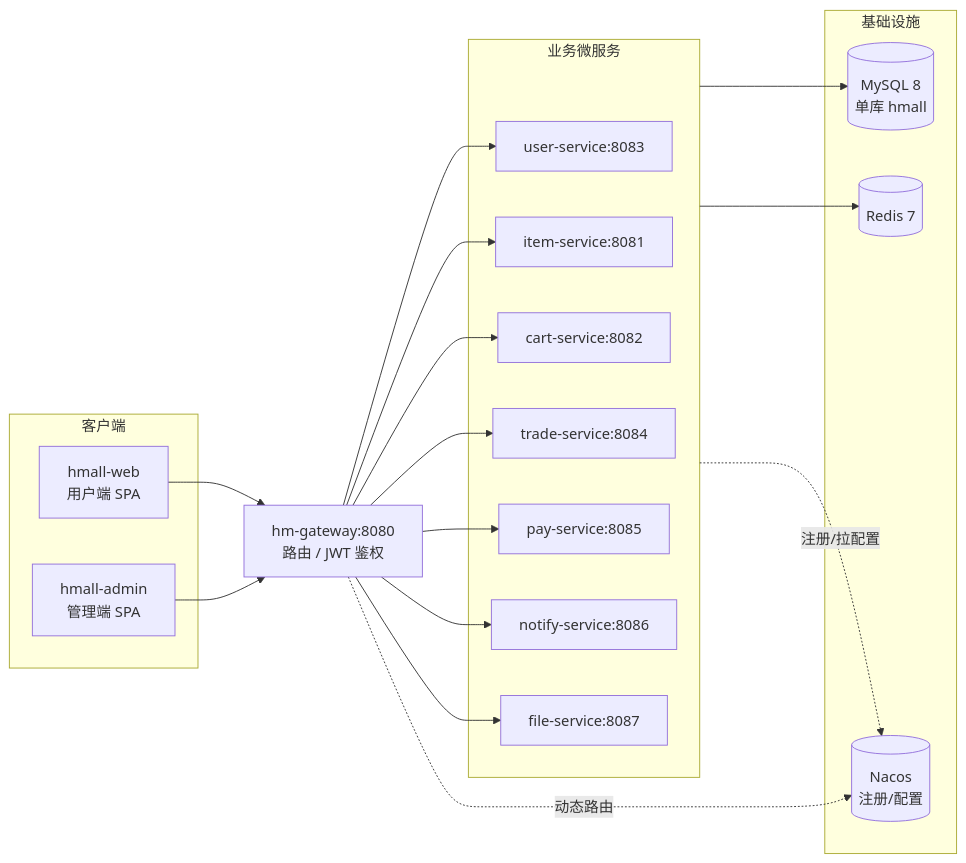
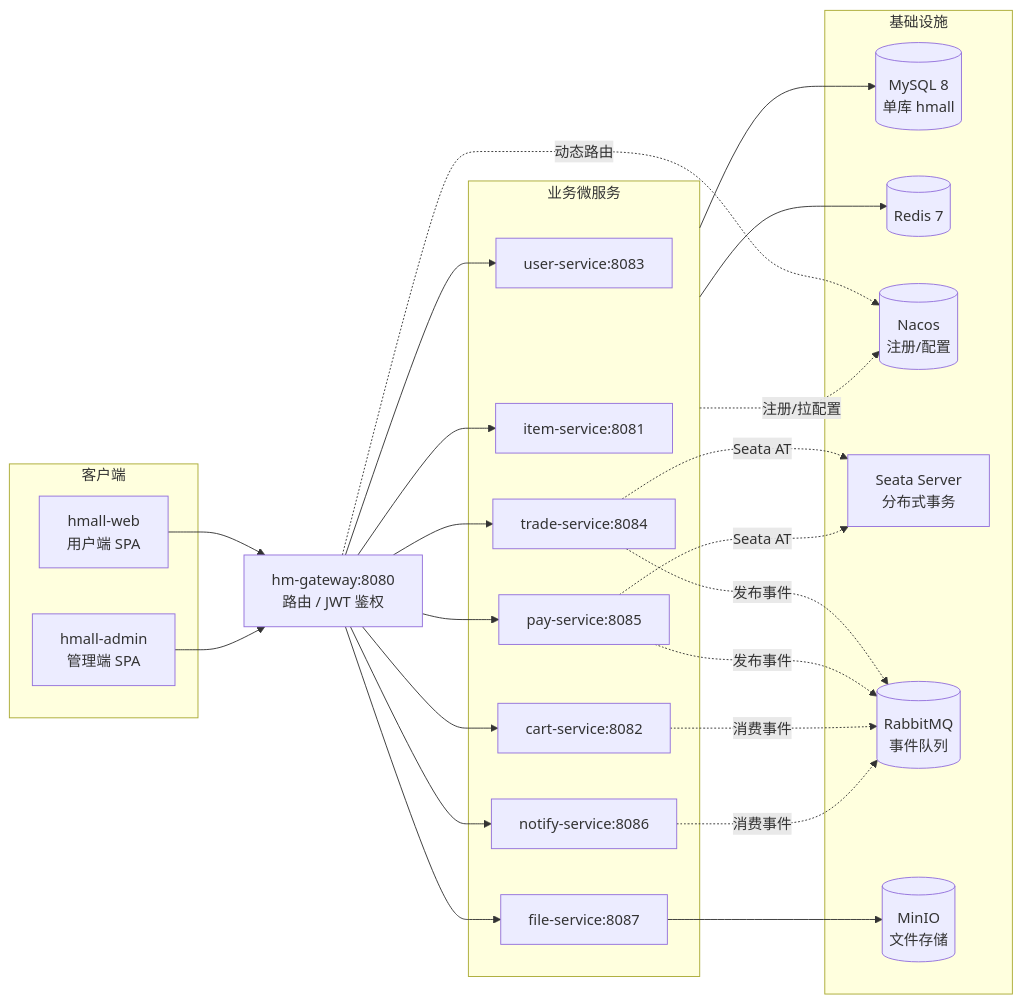
One commit to 3219378872/web-dev-experiment changed the diagram in docs/structure/README.md. Above: the diagram before and after it, drawn with Mermaid. The commit also changed other lines of this file and 4 other files, not shown here.

First line of the commit message:
docs: update structure diagrams for Seata/RabbitMQ/MinIO integration

````diff
--- a/docs/structure/README.md
+++ b/docs/structure/README.md
@@ -18,33 +18,40 @@
 ```mermaid
 flowchart LR
     subgraph Client[客户端]
         Web[hmall-web<br/>用户端 SPA]
         Admin[hmall-admin<br/>管理端 SPA]
     end
 
     GW[hm-gateway:8080<br/>路由 / JWT 鉴权]
 
     subgraph Services[业务微服务]
         US[user-service:8083]
         IS[item-service:8081]
         CS[cart-service:8082]
         TS[trade-service:8084]
         PS[pay-service:8085]
         NS[notify-service:8086]
         FS[file-service:8087]
     end
 
     subgraph Infra[基础设施]
         DB[(MySQL 8<br/>单库 hmall)]
         Redis[(Redis 7)]
         Nacos[(Nacos<br/>注册/配置)]
+        Seata[Seata Server<br/>分布式事务]
+        RabbitMQ[(RabbitMQ<br/>事件队列)]
+        MinIO[(MinIO<br/>文件存储)]
     end
 
     Web --> GW
     Admin --> GW
     GW --> US & IS & CS & TS & PS & NS & FS
     Services --> DB
     Services --> Redis
     Services -.注册/拉配置.-> Nacos
     GW -.动态路由.-> Nacos
+    TS & PS -.Seata AT.-> Seata
+    TS & PS -.发布事件.-> RabbitMQ
+    CS & NS -.消费事件.-> RabbitMQ
+    FS --> MinIO
 ```
````
